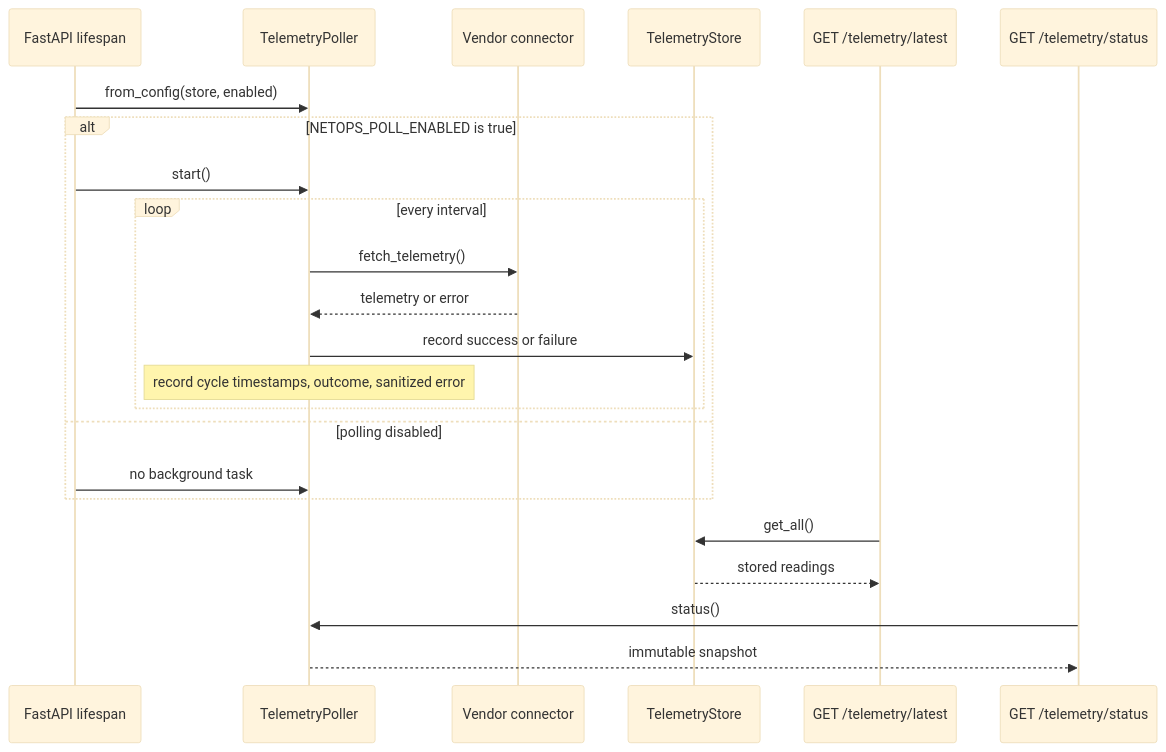
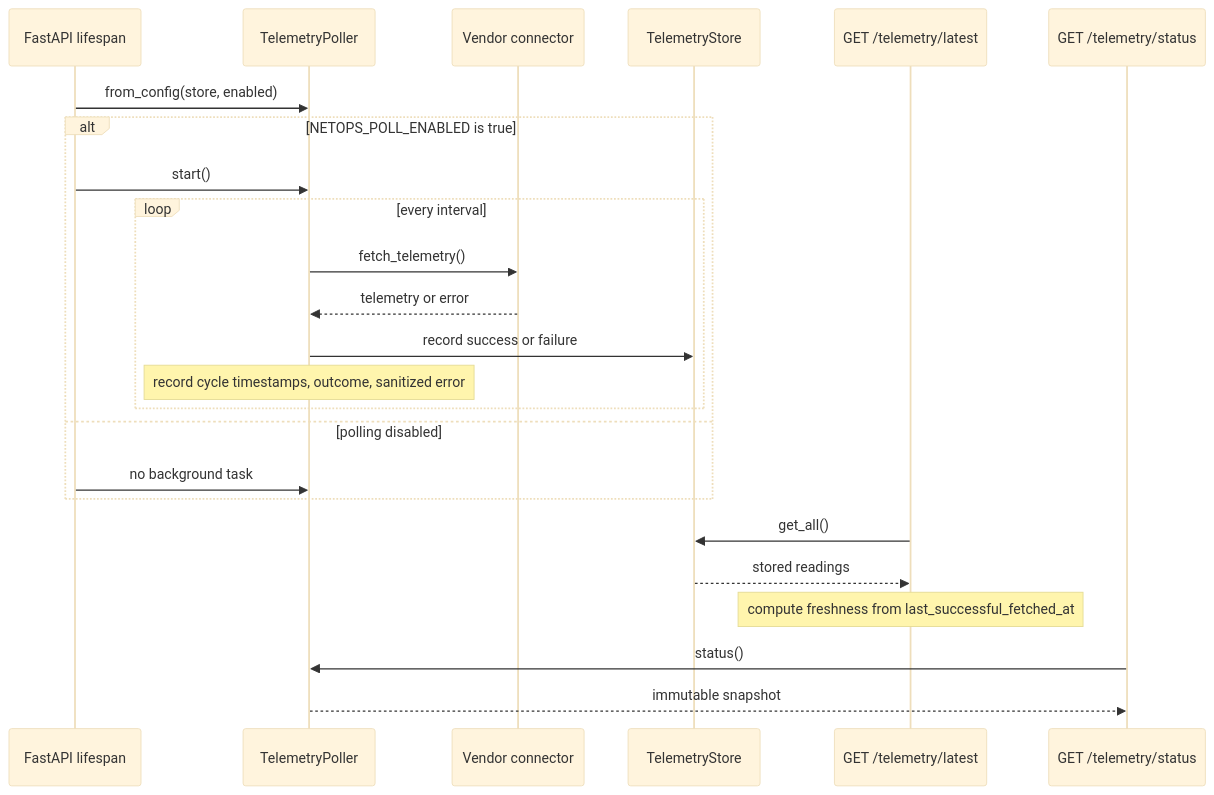
One commit to anirudh1937/agentic-netops- changed the second of 2 diagrams in docs/architecture.md. Above: the diagram before and after it, drawn with Mermaid (base theme). The commit also changed other lines of this file and 7 other files, not shown here.

````diff
--- a/docs/architecture.md
+++ b/docs/architecture.md
@@ -83,28 +131,29 @@
 ```mermaid
 sequenceDiagram
     participant App as FastAPI lifespan
     participant Poller as TelemetryPoller
     participant Connector as Vendor connector
     participant Store as TelemetryStore
     participant API as GET /telemetry/latest
     participant Status as GET /telemetry/status
 
     App->>Poller: from_config(store, enabled)
     alt NETOPS_POLL_ENABLED is true
         App->>Poller: start()
         loop every interval
             Poller->>Connector: fetch_telemetry()
             Connector-->>Poller: telemetry or error
             Poller->>Store: record success or failure
             Note over Poller: record cycle timestamps, outcome, sanitized error
         end
     else polling disabled
         App->>Poller: no background task
     end
 
     API->>Store: get_all()
     Store-->>API: stored readings
+    Note over API: compute freshness from last_successful_fetched_at
 
     Status->>Poller: status()
     Poller-->>Status: immutable snapshot
 ```
````
